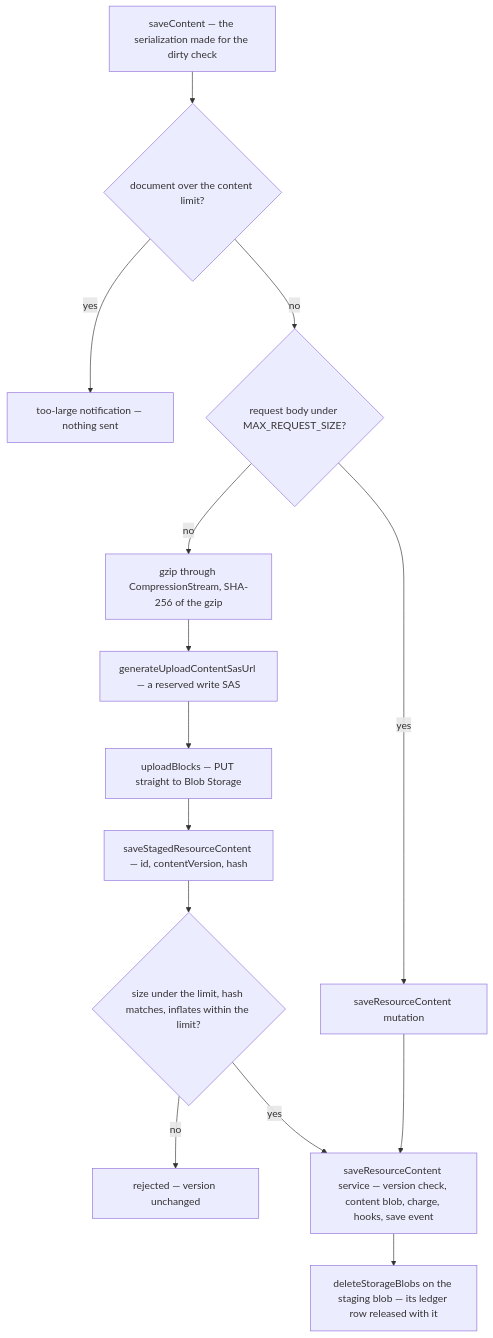
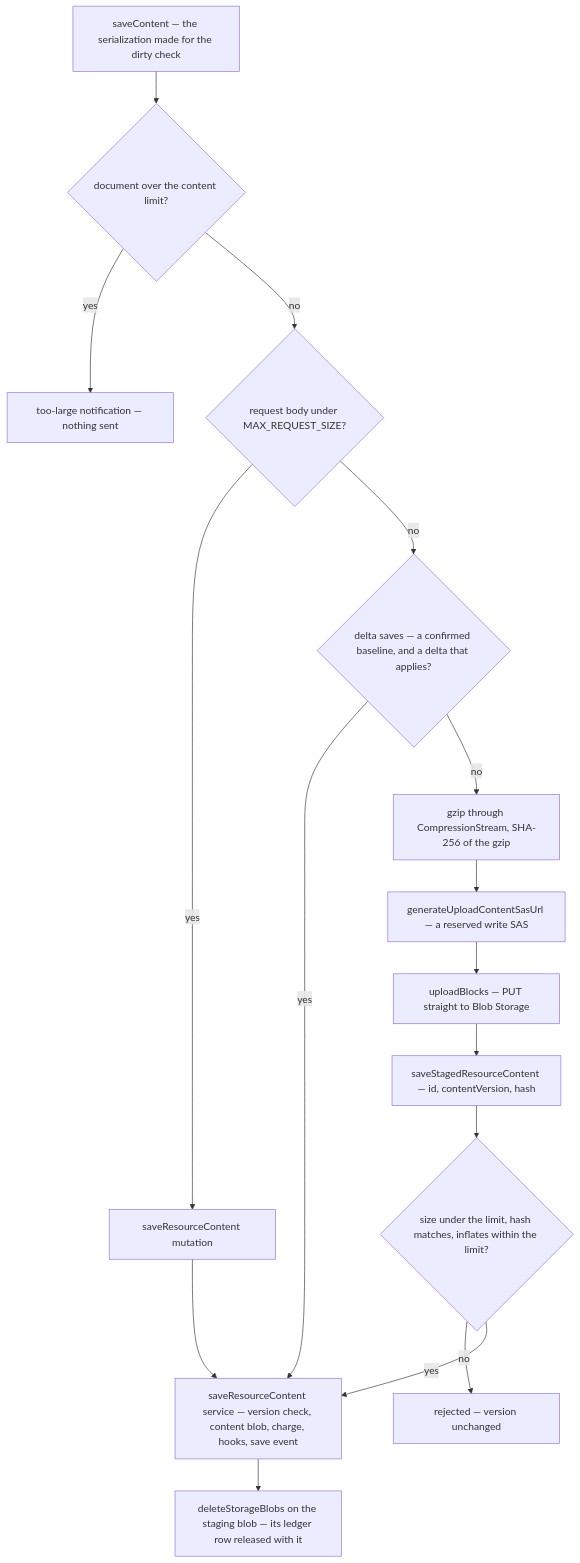
The second of 2 diagrams in apps/web/content/docs/architecture/file-uploads.md (Esposter/Esposter), drawn with Mermaid before and after one commit. The commit also changed other lines of this file and 8 other files, not shown here.

First line of the commit message:
docs(resource): write delta content saves up as built

````diff
--- a/apps/web/content/docs/architecture/file-uploads.md
+++ b/apps/web/content/docs/architecture/file-uploads.md
@@ -66,16 +67,18 @@
 ```mermaid
 flowchart TD
   save["saveContent — the serialization made for the dirty check"] --> ceiling{"document over the content limit?"}
   ceiling -->|yes| refuse["too-large notification — nothing sent"]
   ceiling -->|no| body{"request body under MAX_REQUEST_SIZE?"}
   body -->|yes| inline["saveResourceContent mutation"]
-  body -->|no| gzip["gzip through CompressionStream, SHA-256 of the gzip"]
+  body -->|no| delta{"delta saves — a confirmed baseline, and a delta that applies?"}
+  delta -->|yes| door
+  delta -->|no| gzip["gzip through CompressionStream, SHA-256 of the gzip"]
   gzip --> sas["generateUploadContentSasUrl — a reserved write SAS"]
   sas --> put["uploadBlocks — PUT straight to Blob Storage"]
   put --> commit["saveStagedResourceContent — id, contentVersion, hash"]
   commit --> verify{"size under the limit, hash matches, inflates within the limit?"}
   verify -->|no| reject["rejected — version unchanged"]
   verify -->|yes| door["saveResourceContent service — version check, content blob, charge, hooks, save event"]
   inline --> door
   door --> release["deleteStorageBlobs on the staging blob — its ledger row released with it"]
 ```
````
